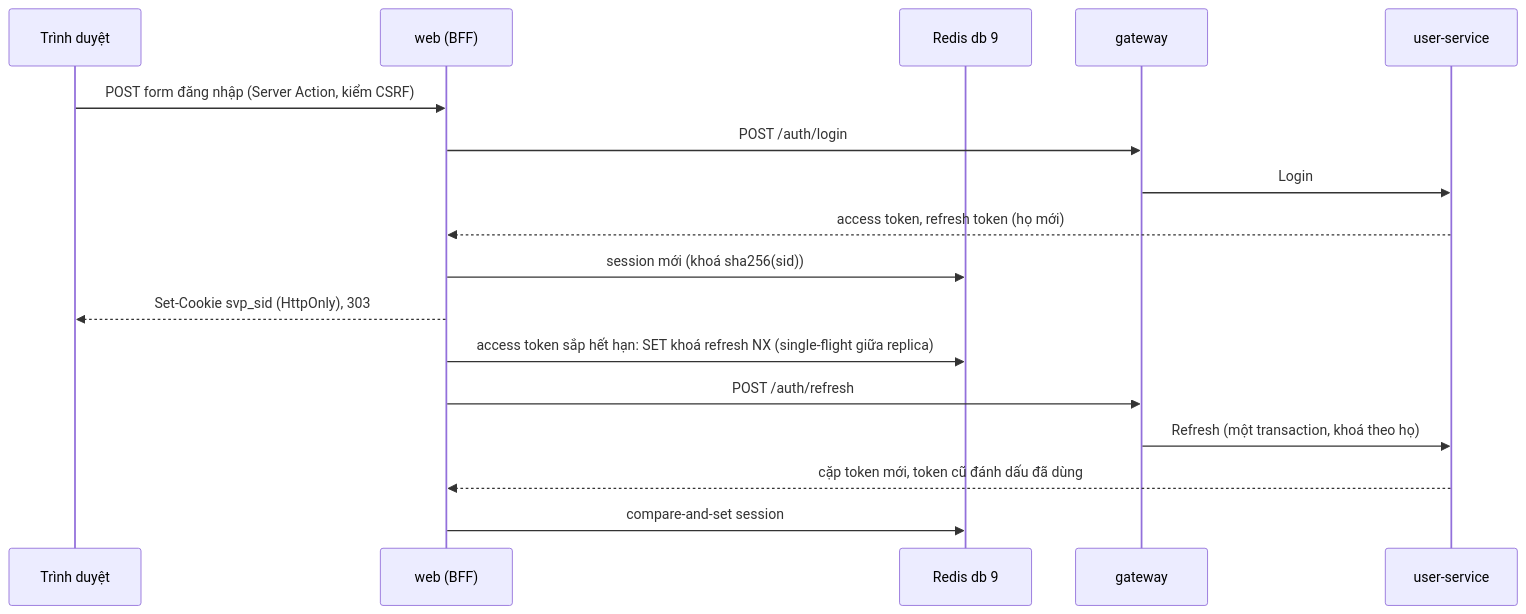
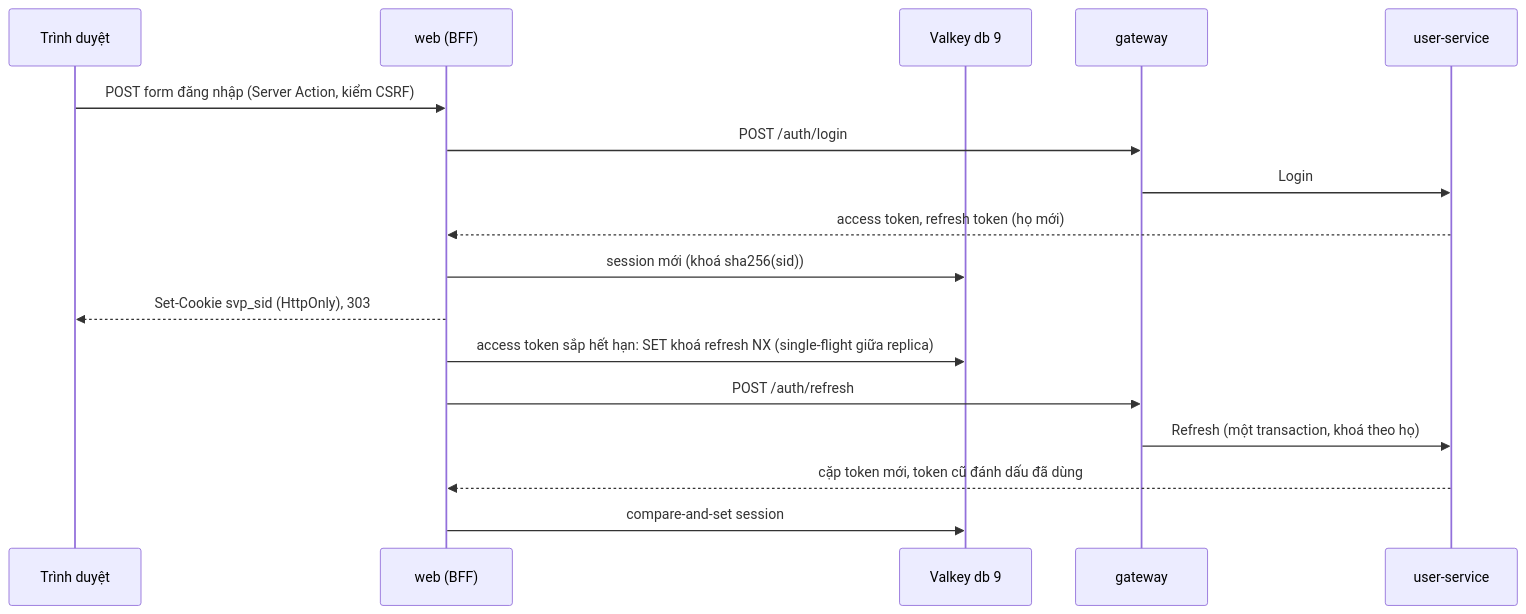
One commit to anhnvcoder/svp-backend changed the fourth of 4 diagrams in docs/architecture.md. Above: the diagram before and after it, drawn with Mermaid. The commit also changed other lines of this file and 165 other files, not shown here.

````diff
--- a/docs/architecture.md
+++ b/docs/architecture.md
@@ -244,19 +245,19 @@
 ```mermaid
 sequenceDiagram
     participant B as Trình duyệt
     participant W as web (BFF)
-    participant R as Redis db 9
+    participant R as Valkey db 9
     participant G as gateway
     participant U as user-service
     B->>W: POST form đăng nhập (Server Action, kiểm CSRF)
     W->>G: POST /auth/login
     G->>U: Login
     U-->>W: access token, refresh token (họ mới)
     W->>R: session mới (khoá sha256(sid))
     W-->>B: Set-Cookie svp_sid (HttpOnly), 303
     W->>R: access token sắp hết hạn: SET khoá refresh NX (single-flight giữa replica)
     W->>G: POST /auth/refresh
     G->>U: Refresh (một transaction, khoá theo họ)
     U-->>W: cặp token mới, token cũ đánh dấu đã dùng
     W->>R: compare-and-set session
 ```
````
